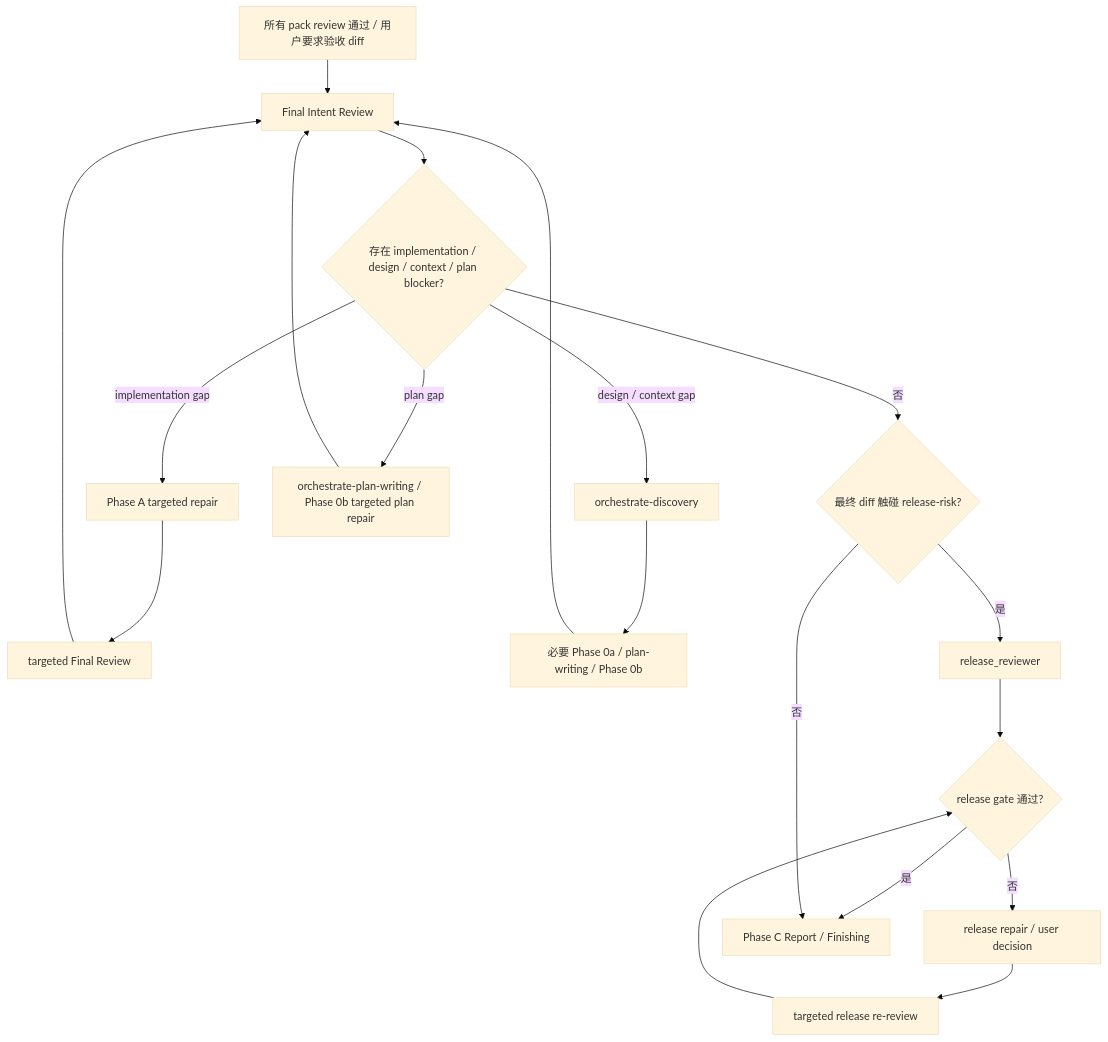
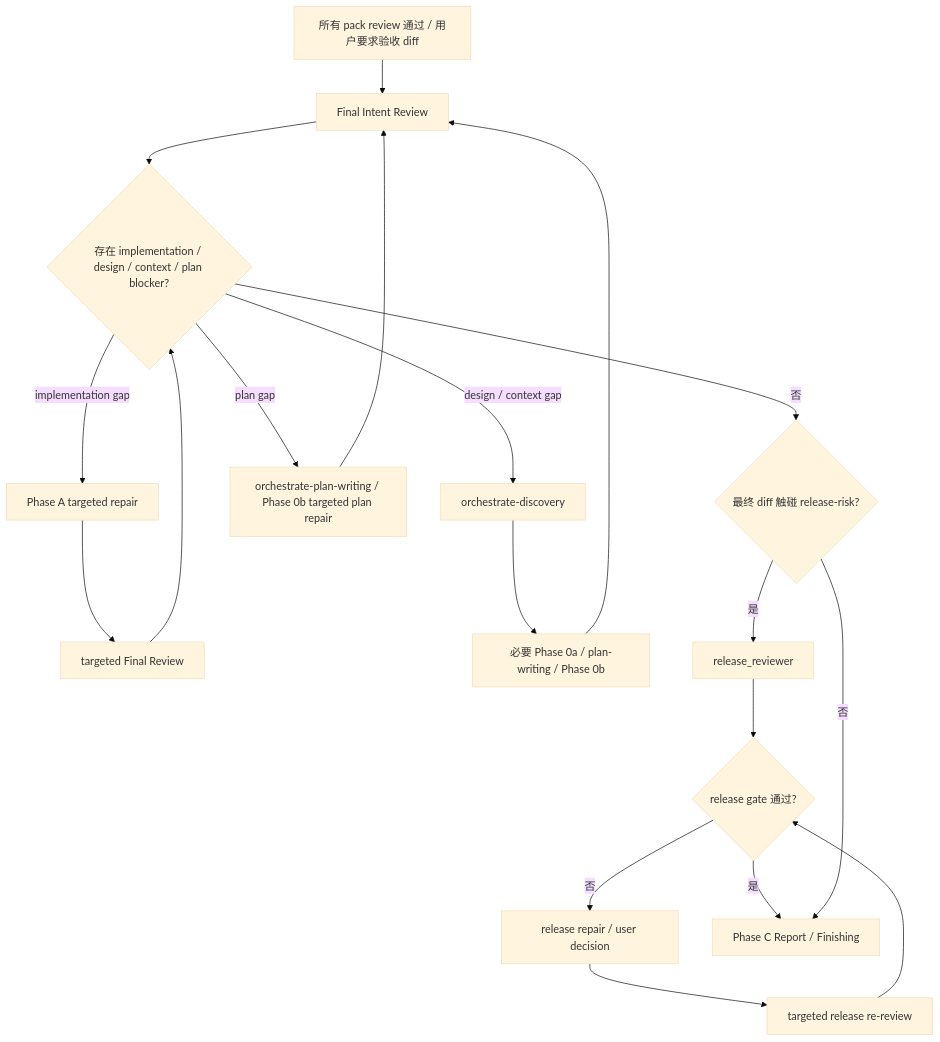
Before and after one commit to chancheuklap/multi-model-workflow: the diagram in .agents/skills/orchestrate-workflow/references/final-review.md, drawn with Mermaid (base theme). The commit also changed 14 other files, not shown here.

````diff
--- a/.agents/skills/orchestrate-workflow/references/final-review.md
+++ b/.agents/skills/orchestrate-workflow/references/final-review.md
@@ -29,21 +29,21 @@
 ```mermaid
 flowchart TD
     A["所有 pack review 通过 / 用户要求验收 diff"] --> B["Final Intent Review"]
     B --> C{"存在 implementation / design / context / plan blocker?"}
     C -->|implementation gap| D["Phase A targeted repair"]
     D --> E["targeted Final Review"]
-    E --> B
+    E --> C
     C -->|design / context gap| F["orchestrate-discovery"]
     F --> P["必要 Phase 0a / plan-writing / Phase 0b"]
     P --> B
     C -->|plan gap| Q["orchestrate-plan-writing / Phase 0b targeted plan repair"]
     Q --> B
     C -->|否| G{"最终 diff 触碰 release-risk?"}
     G -->|是| H["release_reviewer"]
     H --> I{"release gate 通过?"}
     I -->|否| J["release repair / user decision"]
     J --> K["targeted release re-review"]
     K --> I
     I -->|是| L["Phase C Report / Finishing"]
     G -->|否| L
 ```
````
